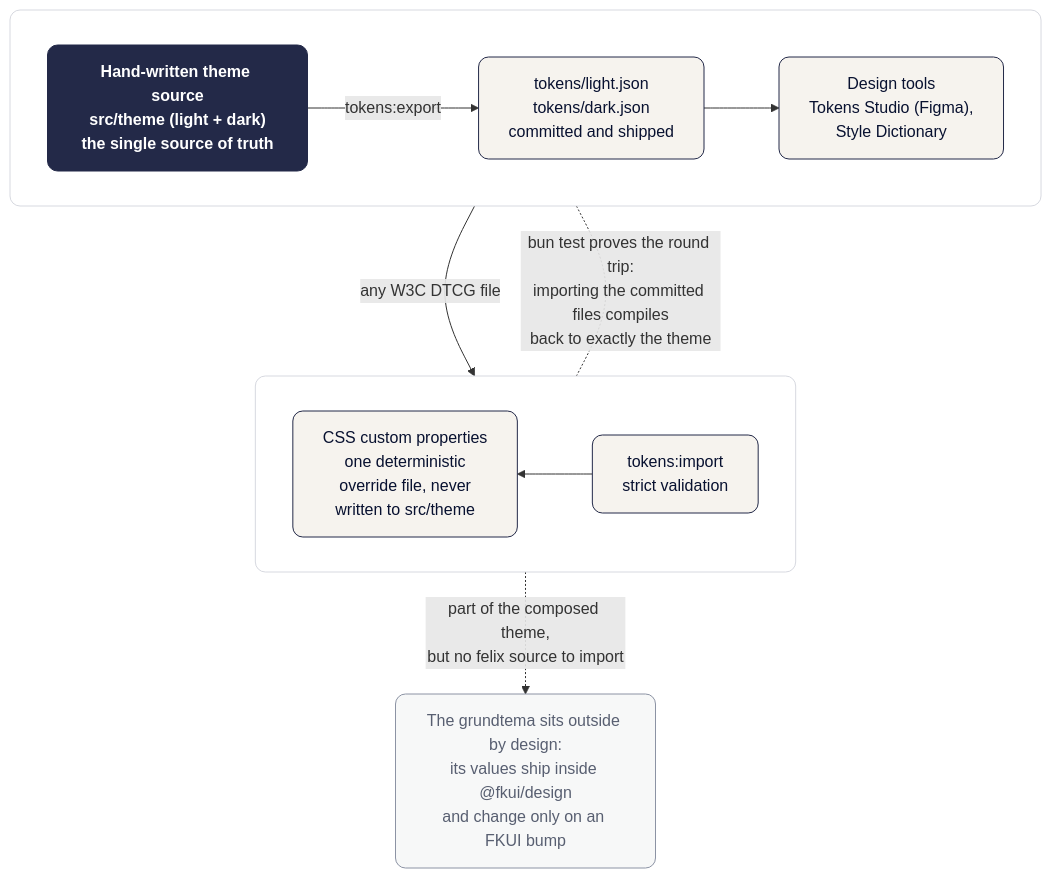
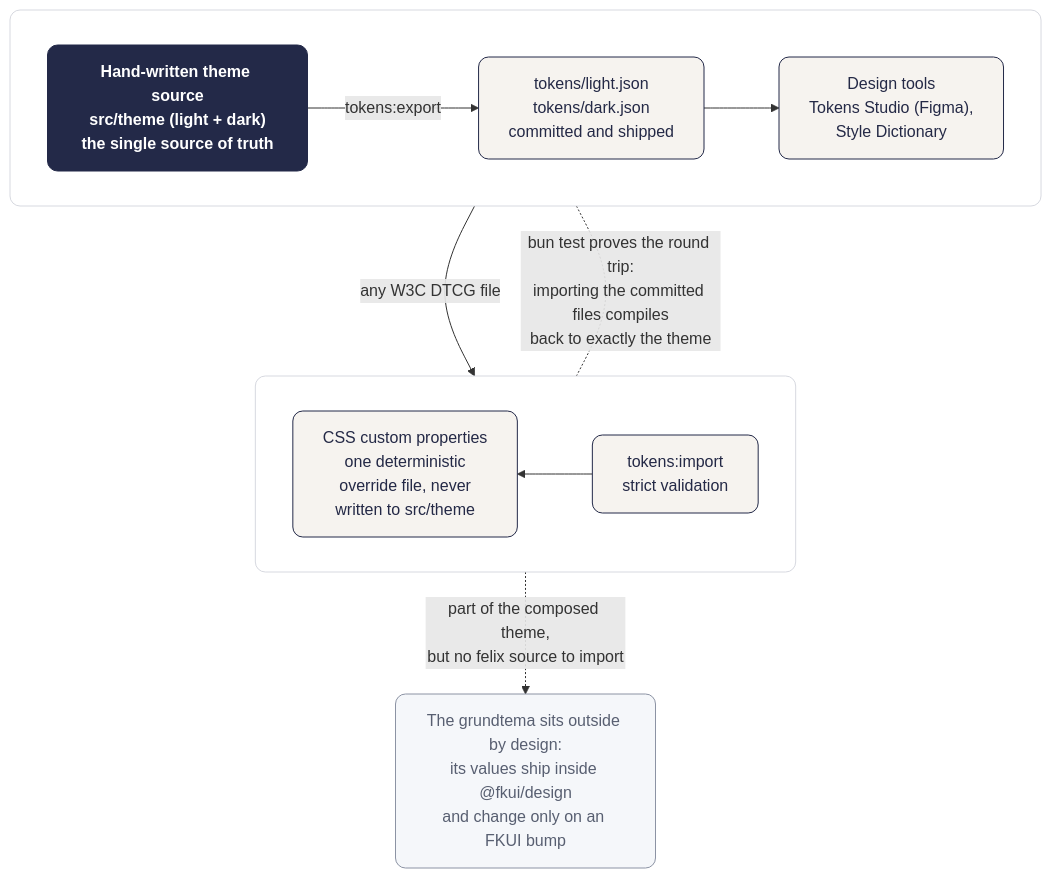
Before and after one commit to pattespatte/felix-ds: the diagram in docs/tokens.en.md, drawn with Mermaid. The commit also changed other lines of this file and 17 other files, not shown here.

````diff
--- a/docs/tokens.en.md
+++ b/docs/tokens.en.md
@@ -9,25 +9,25 @@
 ```mermaid
 flowchart TB
     subgraph ROW1 [" "]
         direction LR
         S["Hand-written theme source<br>src/theme (light + dark)<br>the single source of truth"] -->|"tokens:export"| E["tokens/light.json<br>tokens/dark.json<br>committed and shipped"]
         E --> T["Design tools<br>Tokens Studio (Figma),<br>Style Dictionary"]
     end
     subgraph ROW2 [" "]
         direction RL
         I["tokens:import<br>strict validation"] --> O["CSS custom properties<br>one deterministic<br>override file, never<br>written to src/theme"]
     end
     ROW1 -->|"any W3C DTCG file"| ROW2
     ROW1 -.-|"bun test proves the round trip:<br>importing the committed files compiles<br>back to exactly the theme"| ROW2
     ROW2 -.->|"part of the composed theme,<br>but no felix source to import"| G["The grundtema sits outside by design:<br>its values ship inside @fkui/design<br>and change only on an FKUI bump"]
 
-    classDef step fill:#f6f3ee,stroke:#232948,stroke-width:1px,color:#081130,rx:10,ry:10
+    classDef step fill:#f6f3ef,stroke:#232948,stroke-width:1px,color:#242946,rx:10,ry:10
     classDef owner fill:#232948,stroke:#232948,stroke-width:1px,color:#ffffff,font-weight:600,rx:10,ry:10
-    classDef note fill:#f7f8f8,stroke:#8c93a4,stroke-width:1px,color:#585f71,rx:10,ry:10
+    classDef note fill:#f5f7fa,stroke:#8c93a4,stroke-width:1px,color:#585f71,rx:10,ry:10
 
     class E,T,I,O step
     class S owner
     class G note
     style ROW1 fill:none,stroke:#d7d9e0,stroke-width:1px,rx:10
     style ROW2 fill:none,stroke:#d7d9e0,stroke-width:1px,rx:10
 ```
````
